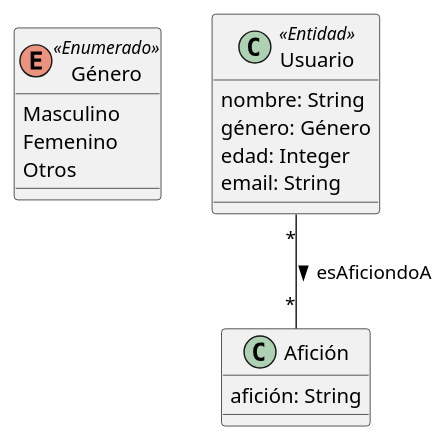
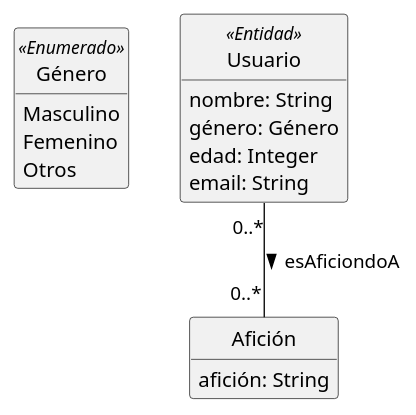
Before and after one commit to IISSI-US/silence-db: the diagram in sql/AficionesDin/diagrams.puml, drawn with PlantUML. The commit also changed 23 other files, not shown here.

```diff
--- a/sql/AficionesDin/diagrams.puml
+++ b/sql/AficionesDin/diagrams.puml
@@ -1,18 +1,22 @@
 @startuml aficiones-din-dc
+
+hide circle
+hide empty members
+
 Enum Género << Enumerado >>{
     Masculino
     Femenino
     Otros
 } 
     Class Usuario << Entidad >>{
         nombre: String
         género: Género
         edad: Integer
         email: String
     } 
     Class Afición {
         afición: String
     } 
 
-    Usuario "*" -- "*" Afición: esAficiondoA >
+    Usuario "0..*" -- "0..*" Afición: esAficiondoA >
 @enduml
```
